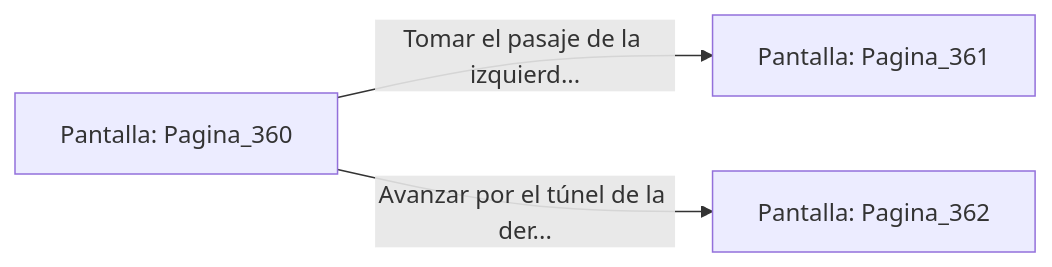
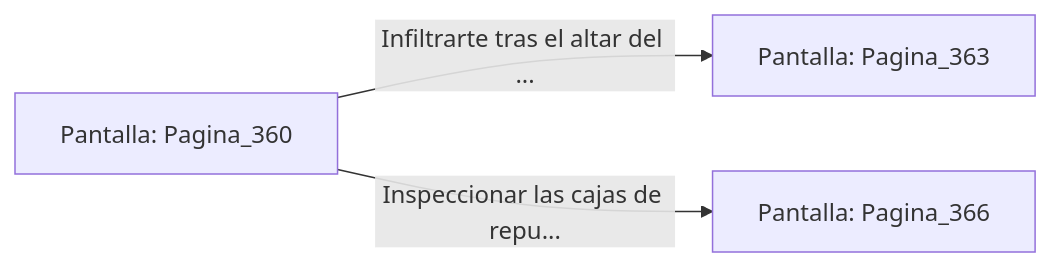
Before and after one commit to metsuke/mpl: the diagram in sample/eligejuego-vault/Pantalla_Pagina_360.md, drawn with Mermaid. The commit also changed other lines of this file and 635 other files, not shown here.

First line of the commit message:
fix: añadir Pagina_1 como pantalla inicial en capitulo_01.mpl

````diff
--- a/sample/eligejuego-vault/Pantalla_Pagina_360.md
+++ b/sample/eligejuego-vault/Pantalla_Pagina_360.md
@@ -20,6 +22,6 @@
 ```mermaid
 graph LR
     P_Pagina_360["Pantalla: Pagina_360"]
-    P_Pagina_360 -->|"Tomar el pasaje de la izquierd..."| P_Pagina_361["Pantalla: Pagina_361"]
-    P_Pagina_360 -->|"Avanzar por el túnel de la der..."| P_Pagina_362["Pantalla: Pagina_362"]
+    P_Pagina_360 -->|"Infiltrarte tras el altar del ..."| P_Pagina_363["Pantalla: Pagina_363"]
+    P_Pagina_360 -->|"Inspeccionar las cajas de repu..."| P_Pagina_366["Pantalla: Pagina_366"]
 ```
````
